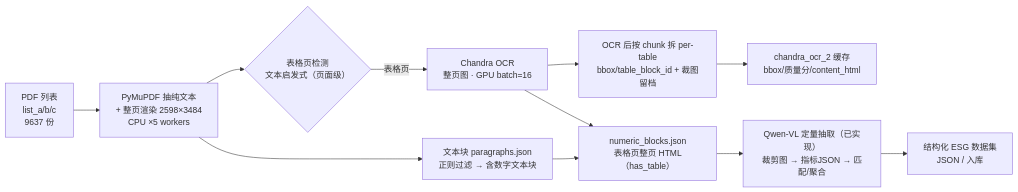
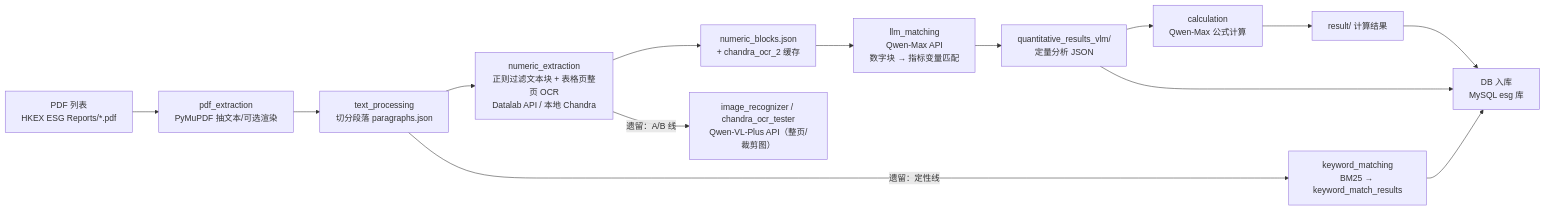
One commit to Evelyn-atg/esg-sync changed the diagram in memory_docs/ESG_Pipeline_Full_Workflow.md. Above: the diagram before and after it, drawn with Mermaid. The commit also changed other lines of this file, not shown here.

Commit message:
docs: rewrite workflow doc to current LLM-API version (ESG(1.0) local codebase): pdf_extraction→text_processing→numeric_extraction→llm_matching(Qwen-Max)→calculation; legacy A/B lines + deprecated qwen_vl_local

````diff
--- a/memory_docs/ESG_Pipeline_Full_Workflow.md
+++ b/memory_docs/ESG_Pipeline_Full_Workflow.md
@@ -13,13 +12,16 @@
 ```mermaid
 flowchart LR
-    A["PDF 列表<br/>list_a/b/c<br/>9637 份"] --> B["PyMuPDF 抽纯文本<br/>+ 整页渲染 2598×3484<br/>CPU ×5 workers"]
-    B --> C{"表格页检测<br/>文本启发式（页面级）"}
-    B --> D["文本块 paragraphs.json<br/>正则过滤 → 含数字文本块"]
-    C -->|"表格页"| E["Chandra OCR<br/>整页图 · GPU batch=16"]
-    E --> F["OCR 后按 chunk 拆 per-table<br/>bbox/table_block_id + 裁图留档"]
-    E --> G["numeric_blocks.json<br/>表格页整页 HTML（has_table）"]
-    D --> G
-    F --> H["chandra_ocr_2 缓存<br/>bbox/质量分/content_html"]
-    G --> I["Qwen-VL 定量抽取（已实现）<br/>裁剪图 → 指标JSON → 匹配/聚合"]
-    I --> J["结构化 ESG 数据集<br/>JSON / 入库"]
+    A["PDF 列表<br/>HKEX ESG Reports/*.pdf"] --> B["pdf_extraction<br/>PyMuPDF 抽文本/可选渲染"]
+    B --> C["text_processing<br/>切分段落 paragraphs.json"]
+    C --> D["numeric_extraction<br/>正则过滤文本块 + 表格页整页 OCR<br/>Datalab API / 本地 Chandra"]
+    D --> E["numeric_blocks.json<br/>+ chandra_ocr_2 缓存"]
+    E --> F["llm_matching<br/>Qwen-Max API<br/>数字块 → 指标变量匹配"]
+    F --> G["quantitative_results_vlm/<br/>定量分析 JSON"]
+    G --> H["calculation<br/>Qwen-Max 公式计算"]
+    H --> I["result/ 计算结果"]
+    C -->|"遗留：定性线"| J["keyword_matching<br/>BM25 → keyword_match_results"]
+    D -->|"遗留：A/B 线"| K["image_recognizer / chandra_ocr_tester<br/>Qwen-VL-Plus API（整页/裁剪图）"]
+    I --> L["DB 入库<br/>MySQL esg 库"]
+    G --> L
+    J --> L
 ```
````
